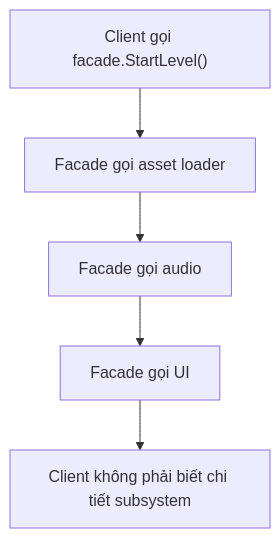
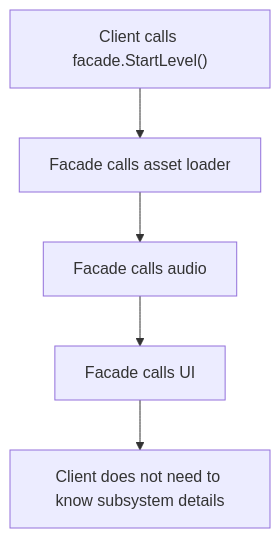
The second of 3 diagrams in Doc/en/02-Design-Patterns/02-Catalog/02-Structural/05-facade.md (bugkodc/Road_Map_GameDev), drawn with Mermaid before and after one commit. The commit also changed other lines of this file and 38 other files, not shown here.

First line of the commit message:
Translate residual Vietnamese in English docs (diagrams, code, strings)

````diff
--- a/Doc/en/02-Design-Patterns/02-Catalog/02-Structural/05-facade.md
+++ b/Doc/en/02-Design-Patterns/02-Catalog/02-Structural/05-facade.md
@@ -57,7 +57,7 @@
 ```mermaid
 flowchart TD
-  A["Client gọi facade.StartLevel()"] --> B["Facade gọi asset loader"]
-  B --> C["Facade gọi audio"]
-  C --> D["Facade gọi UI"]
-  D --> E["Client không phải biết chi tiết subsystem"]
+  A["Client calls facade.StartLevel()"] --> B["Facade calls asset loader"]
+  B --> C["Facade calls audio"]
+  C --> D["Facade calls UI"]
+  D --> E["Client does not need to know subsystem details"]
 ```
````
